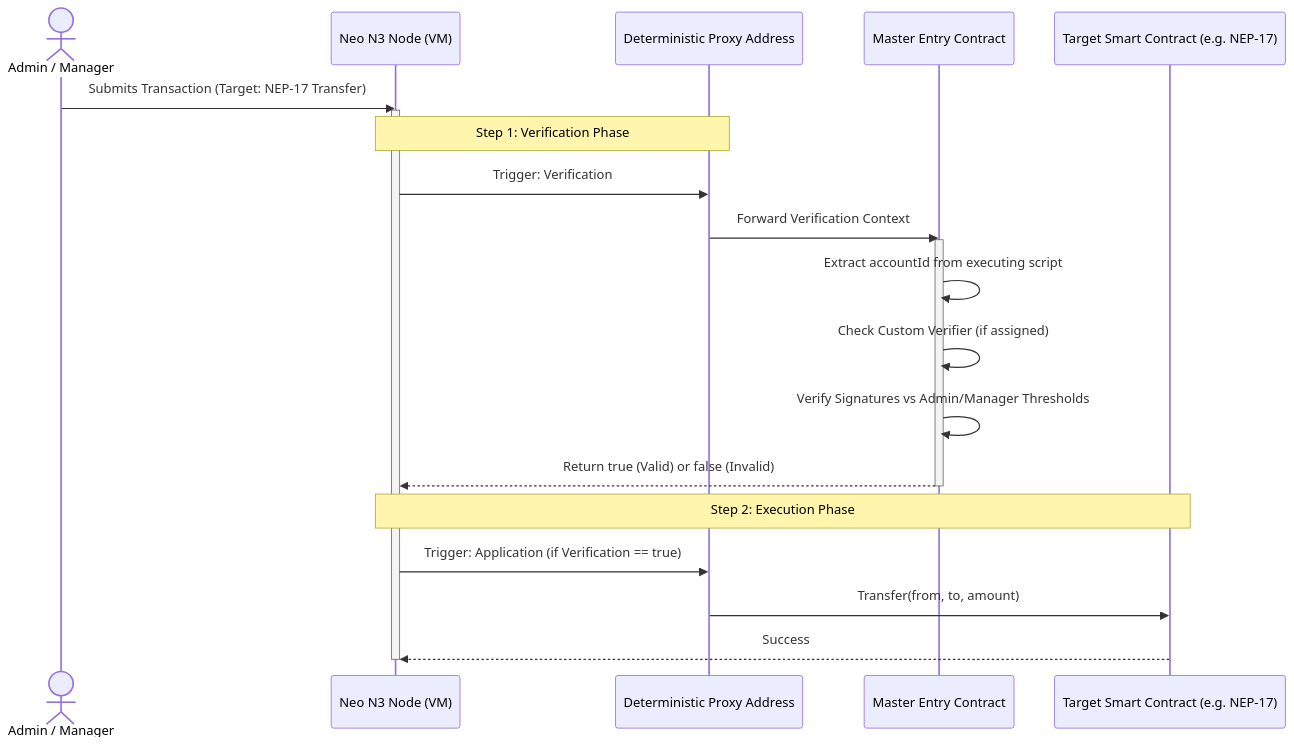
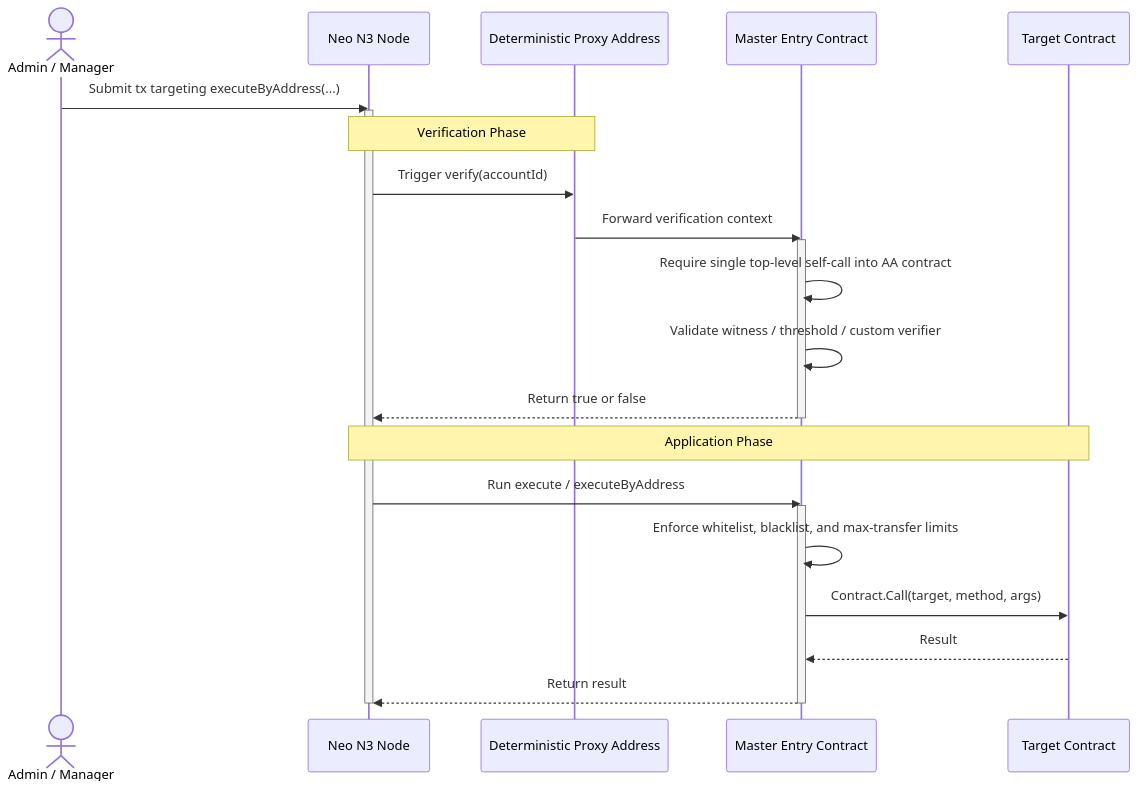
The second of 3 diagrams in frontend/src/assets/docs/workflow.md (r3e-network/neo-abstract-account), drawn with Mermaid before and after one commit. The commit also changed other lines of this file and 9 other files, not shown here.

````diff
--- a/frontend/src/assets/docs/workflow.md
+++ b/frontend/src/assets/docs/workflow.md
@@ -27,27 +27,30 @@
 ```mermaid
 sequenceDiagram
     actor Signer as Admin / Manager
-    participant Node as Neo N3 Node (VM)
+    participant Node as Neo N3 Node
     participant Proxy as Deterministic Proxy Address
     participant Master as Master Entry Contract
-    participant Target as Target Smart Contract (e.g. NEP-17)
+    participant Target as Target Contract
 
-    Signer->>Node: Submits Transaction (Target: NEP-17 Transfer)
+    Signer->>Node: Submit tx targeting executeByAddress(...)
     activate Node
-    
-    Note over Node,Proxy: Step 1: Verification Phase
-    Node->>Proxy: Trigger: Verification
-    Proxy->>Master: Forward Verification Context
+
+    Note over Node,Proxy: Verification Phase
+    Node->>Proxy: Trigger verify(accountId)
+    Proxy->>Master: Forward verification context
     activate Master
-    Master->>Master: Extract accountId from executing script
-    Master->>Master: Check Custom Verifier (if assigned)
-    Master->>Master: Verify Signatures vs Admin/Manager Thresholds
-    Master-->>Node: Return true (Valid) or false (Invalid)
+    Master->>Master: Require single top-level self-call into AA contract
+    Master->>Master: Validate witness / threshold / custom verifier
+    Master-->>Node: Return true or false
     deactivate Master
 
-    Note over Node,Target: Step 2: Execution Phase
-    Node->>Proxy: Trigger: Application (if Verification == true)
-    Proxy->>Target: Transfer(from, to, amount)
-    Target-->>Node: Success
+    Note over Node,Target: Application Phase
+    Node->>Master: Run execute / executeByAddress
+    activate Master
+    Master->>Master: Enforce whitelist, blacklist, and max-transfer limits
+    Master->>Target: Contract.Call(target, method, args)
+    Target-->>Master: Result
+    Master-->>Node: Return result
+    deactivate Master
     deactivate Node
 ```
````
